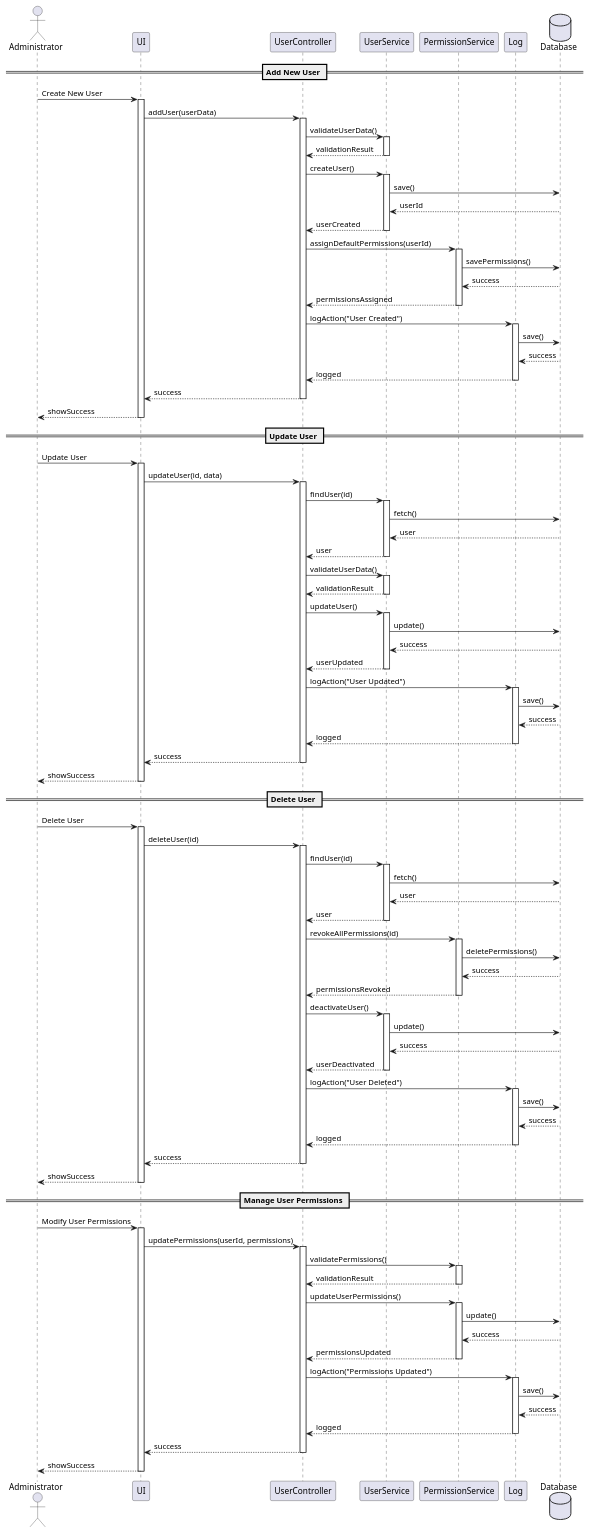
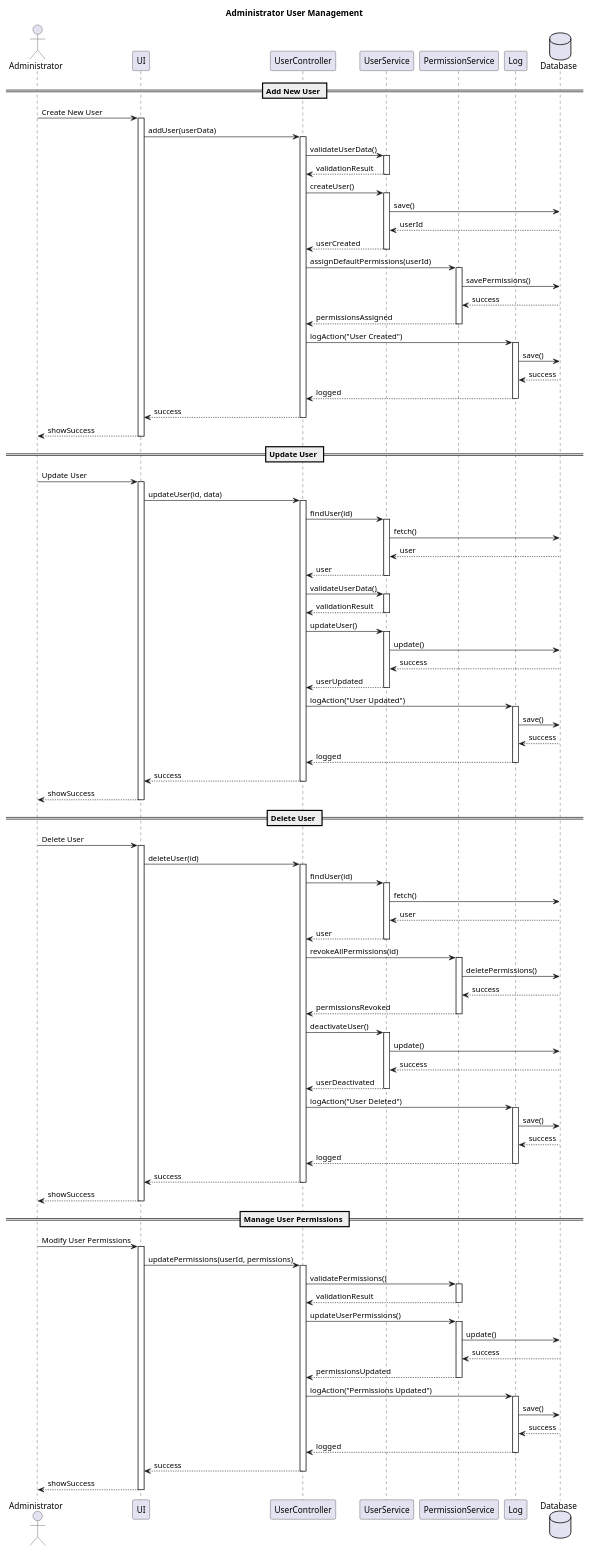
Before and after one commit to AdithyaSean/School-Management-System: the diagram in docs/sequence/administrator-user-management.puml, drawn with PlantUML. The commit also changed 15 other files, not shown here.

Commit message:
Add titles to use case and sequence diagrams; create new diagrams for attendance, profile, communication, and authentication management

```diff
--- a/docs/sequence/administrator-user-management.puml
+++ b/docs/sequence/administrator-user-management.puml
@@ -1,154 +1,155 @@
 @startuml Administrator User Management
+title Administrator User Management
 
 actor "Administrator" as A
 participant "UI" as UI
 participant "UserController" as UC
 participant "UserService" as US
 participant "PermissionService" as PS
 participant "Log" as L
 database "Database" as DB
 
 == Add New User ==
 A -> UI: Create New User
 activate UI
 UI -> UC: addUser(userData)
 activate UC
 
 UC -> US: validateUserData()
 activate US
 US --> UC: validationResult
 deactivate US
 
 UC -> US: createUser()
 activate US
 US -> DB: save()
 DB --> US: userId
 US --> UC: userCreated
 deactivate US
 
 UC -> PS: assignDefaultPermissions(userId)
 activate PS
 PS -> DB: savePermissions()
 DB --> PS: success
 PS --> UC: permissionsAssigned
 deactivate PS
 
 UC -> L: logAction("User Created")
 activate L
 L -> DB: save()
 DB --> L: success
 L --> UC: logged
 deactivate L
 
 UC --> UI: success
 deactivate UC
 UI --> A: showSuccess
 deactivate UI
 
 == Update User ==
 A -> UI: Update User
 activate UI
 UI -> UC: updateUser(id, data)
 activate UC
 
 UC -> US: findUser(id)
 activate US
 US -> DB: fetch()
 DB --> US: user
 US --> UC: user
 deactivate US
 
 UC -> US: validateUserData()
 activate US
 US --> UC: validationResult
 deactivate US
 
 UC -> US: updateUser()
 activate US
 US -> DB: update()
 DB --> US: success
 US --> UC: userUpdated
 deactivate US
 
 UC -> L: logAction("User Updated")
 activate L
 L -> DB: save()
 DB --> L: success
 L --> UC: logged
 deactivate L
 
 UC --> UI: success
 deactivate UC
 UI --> A: showSuccess
 deactivate UI
 
 == Delete User ==
 A -> UI: Delete User
 activate UI
 UI -> UC: deleteUser(id)
 activate UC
 
 UC -> US: findUser(id)
 activate US
 US -> DB: fetch()
 DB --> US: user
 US --> UC: user
 deactivate US
 
 UC -> PS: revokeAllPermissions(id)
 activate PS
 PS -> DB: deletePermissions()
 DB --> PS: success
 PS --> UC: permissionsRevoked
 deactivate PS
 
 UC -> US: deactivateUser()
 activate US
 US -> DB: update()
 DB --> US: success
 US --> UC: userDeactivated
 deactivate US
 
 UC -> L: logAction("User Deleted")
 activate L
 L -> DB: save()
 DB --> L: success
 L --> UC: logged
 deactivate L
 
 UC --> UI: success
 deactivate UC
 UI --> A: showSuccess
 deactivate UI
 
 == Manage User Permissions ==
 A -> UI: Modify User Permissions
 activate UI
 UI -> UC: updatePermissions(userId, permissions)
 activate UC
 
 UC -> PS: validatePermissions()
 activate PS
 PS --> UC: validationResult
 deactivate PS
 
 UC -> PS: updateUserPermissions()
 activate PS
 PS -> DB: update()
 DB --> PS: success
 PS --> UC: permissionsUpdated
 deactivate PS
 
 UC -> L: logAction("Permissions Updated")
 activate L
 L -> DB: save()
 DB --> L: success
 L --> UC: logged
 deactivate L
 
 UC --> UI: success
 deactivate UC
 UI --> A: showSuccess
 deactivate UI
 
 @enduml
```
